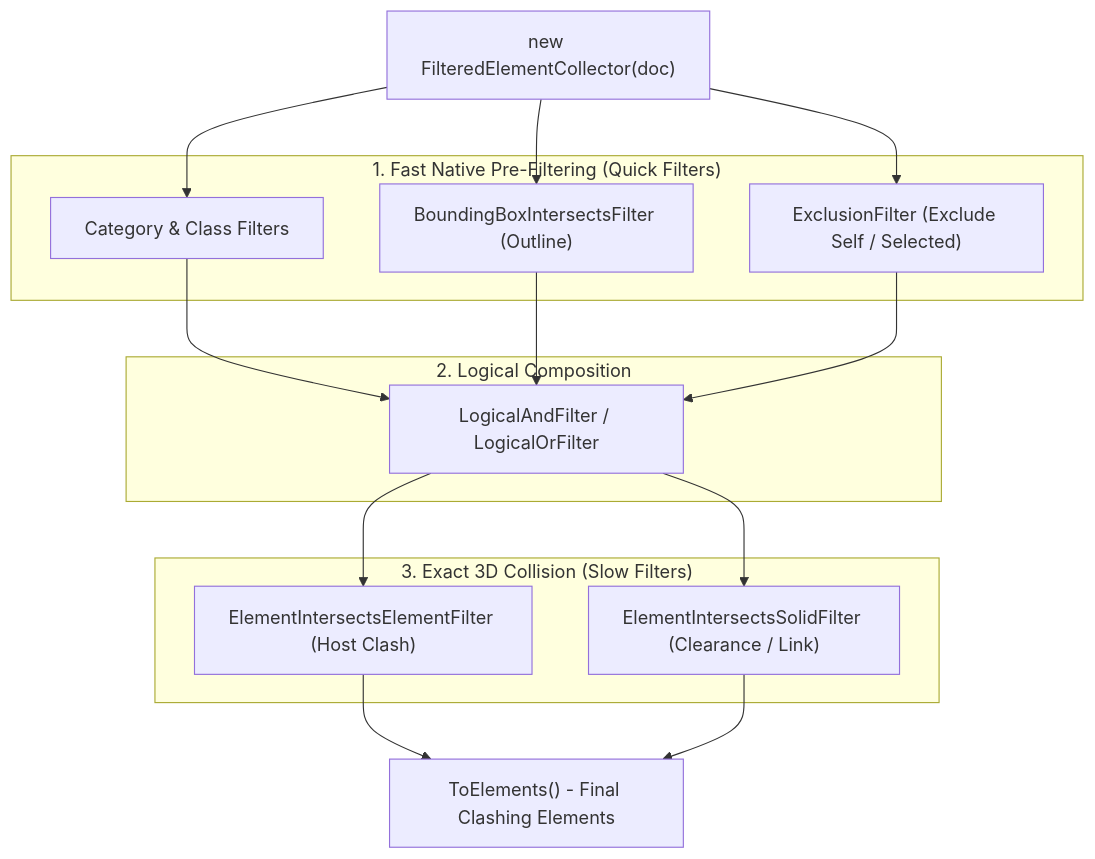
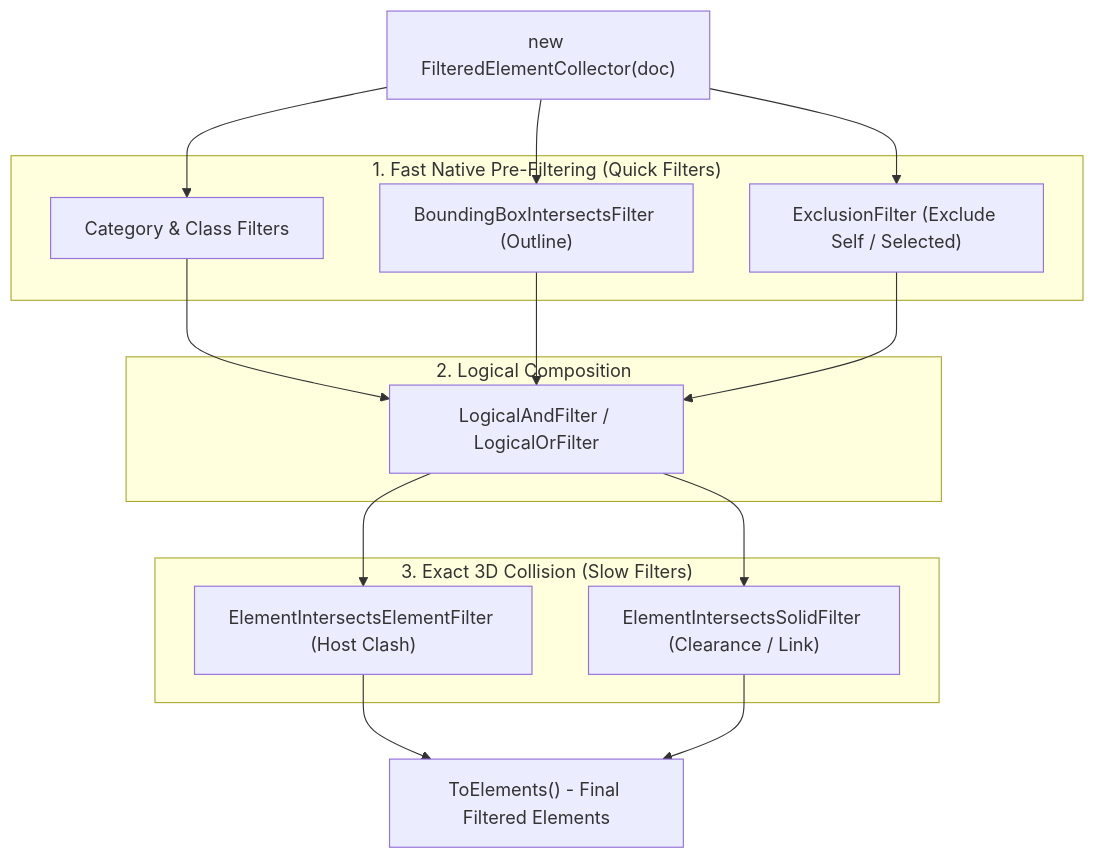
Before and after one commit to Mustafa-TOMMY/CommandSamplesRevitApiVer2025: the first of 4 diagrams in RevitApiSamples/Samples/FiltersAndAdvancedCollection/FiltersAndAdvancedCollection.md, drawn with Mermaid. The commit also changed other lines of this file, not shown here.

Commit message:
docs: expand Module 15 with LogicalAnd vs LogicalOr deep dive, comparison matrices, and robust cross-model Mermaid diagram

````diff
--- a/RevitApiSamples/Samples/FiltersAndAdvancedCollection/FiltersAndAdvancedCollection.md
+++ b/RevitApiSamples/Samples/FiltersAndAdvancedCollection/FiltersAndAdvancedCollection.md
@@ -7,33 +7,33 @@
 ```mermaid
 flowchart TD
     Collector["new FilteredElementCollector(doc)"]
     
     subgraph FastFilters ["1. Fast Native Pre-Filtering (Quick Filters)"]
         F1["Category & Class Filters"]
         F2["BoundingBoxIntersectsFilter (Outline)"]
         F3["ExclusionFilter (Exclude Self / Selected)"]
     end
 
     subgraph BooleanLogic ["2. Logical Composition"]
         B1["LogicalAndFilter / LogicalOrFilter"]
     end
 
     subgraph Geometry3D ["3. Exact 3D Collision (Slow Filters)"]
         G1["ElementIntersectsElementFilter (Host Clash)"]
         G2["ElementIntersectsSolidFilter (Clearance / Link)"]
     end
 
     Collector --> F1
     Collector --> F2
     Collector --> F3
     
     F1 --> B1
     F2 --> B1
     F3 --> B1
     
     B1 --> G1
     B1 --> G2
     
-    G1 --> Results["ToElements() - Final Clashing Elements"]
+    G1 --> Results["ToElements() - Final Filtered Elements"]
     G2 --> Results
 ```
````
